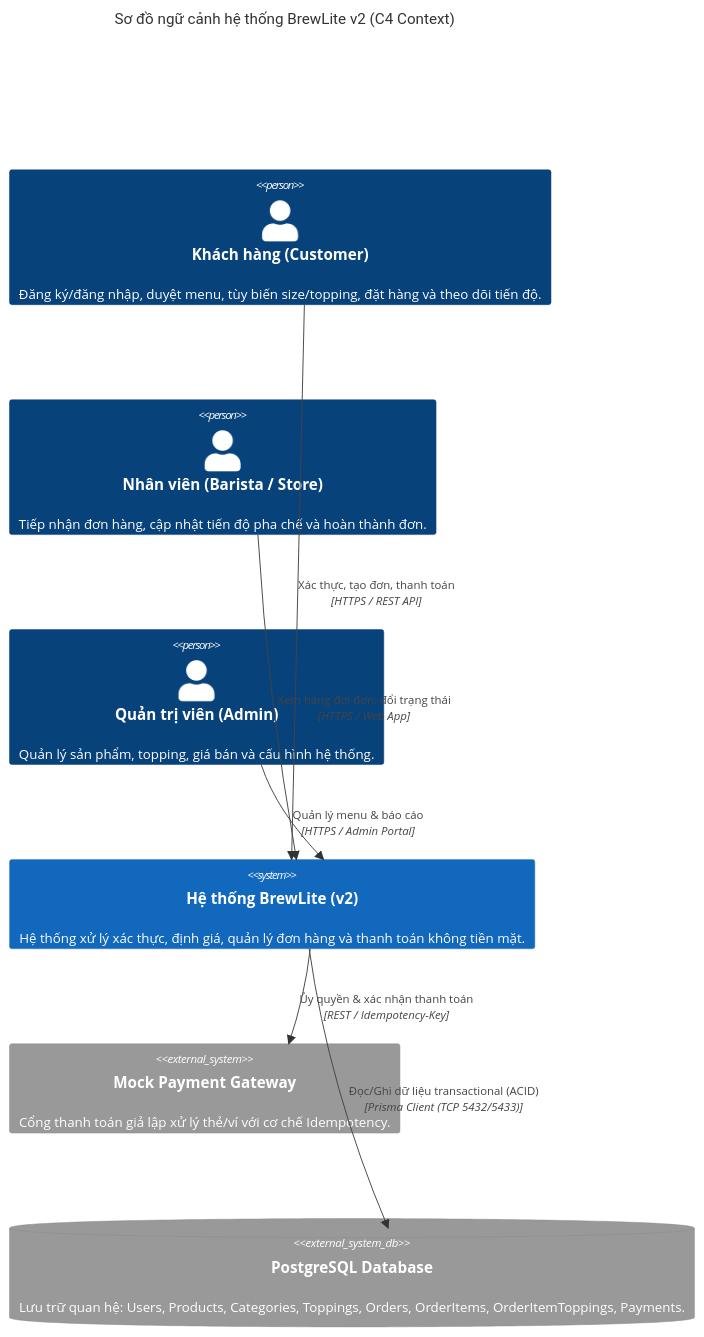
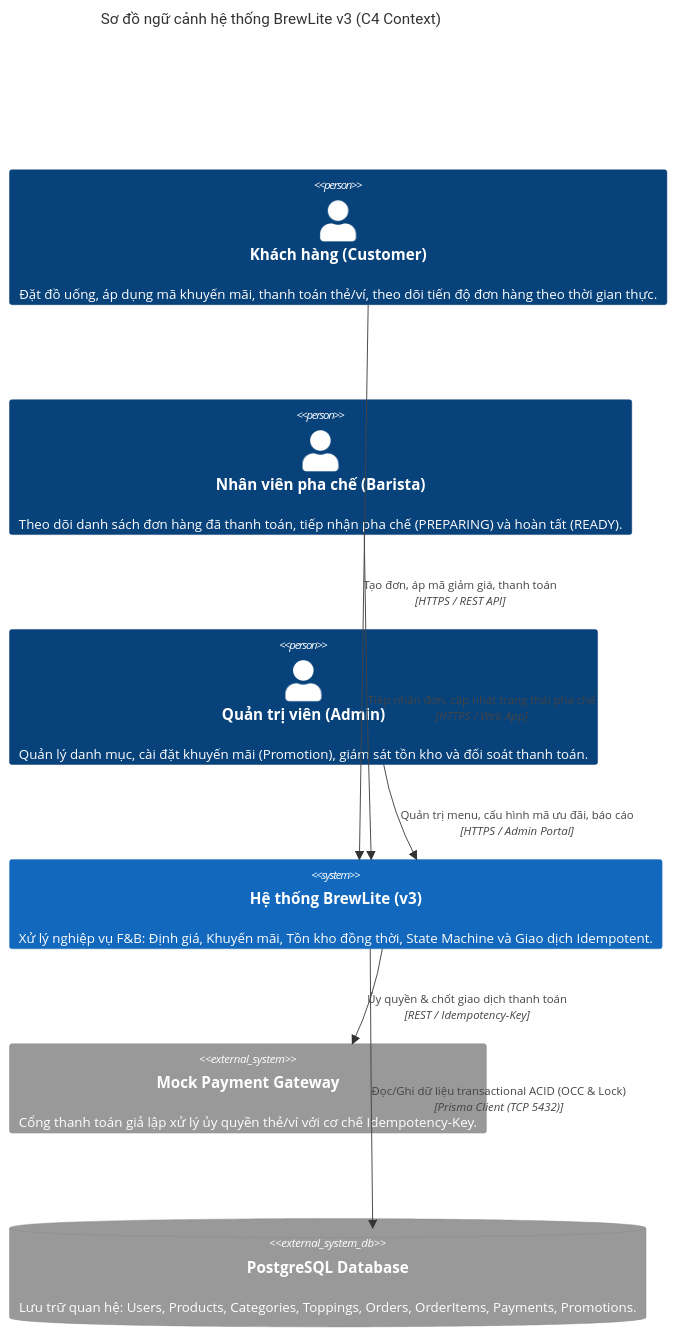
Before and after one commit to Minh628/BrewLite: the first of 5 diagrams in docs/architecture.md, drawn with Mermaid. The commit also changed other lines of this file and 1 other file, not shown here.

Commit message:
docs(architecture): update architecture v3 and add ADR-003 for state machine and idempotency

````diff
--- a/docs/architecture.md
+++ b/docs/architecture.md
@@ -25,19 +26,19 @@
 ```mermaid
 C4Context
-    title Sơ đồ ngữ cảnh hệ thống BrewLite v2 (C4 Context)
+    title Sơ đồ ngữ cảnh hệ thống BrewLite v3 (C4 Context)
 
-    Person(customer, "Khách hàng (Customer)", "Đăng ký/đăng nhập, duyệt menu, tùy biến size/topping, đặt hàng và theo dõi tiến độ.")
-    Person(barista, "Nhân viên (Barista / Store)", "Tiếp nhận đơn hàng, cập nhật tiến độ pha chế và hoàn thành đơn.")
-    Person(admin, "Quản trị viên (Admin)", "Quản lý sản phẩm, topping, giá bán và cấu hình hệ thống.")
+    Person(customer, "Khách hàng (Customer)", "Đặt đồ uống, áp dụng mã khuyến mãi, thanh toán thẻ/ví, theo dõi tiến độ đơn hàng theo thời gian thực.")
+    Person(barista, "Nhân viên pha chế (Barista)", "Theo dõi danh sách đơn hàng đã thanh toán, tiếp nhận pha chế (PREPARING) và hoàn tất (READY).")
+    Person(admin, "Quản trị viên (Admin)", "Quản lý danh mục, cài đặt khuyến mãi (Promotion), giám sát tồn kho và đối soát thanh toán.")
 
-    System(brewlite, "Hệ thống BrewLite (v2)", "Hệ thống xử lý xác thực, định giá, quản lý đơn hàng và thanh toán không tiền mặt.")
+    System(brewlite, "Hệ thống BrewLite (v3)", "Xử lý nghiệp vụ F&B: Định giá, Khuyến mãi, Tồn kho đồng thời, State Machine và Giao dịch Idempotent.")
 
-    System_Ext(mockPayment, "Mock Payment Gateway", "Cổng thanh toán giả lập xử lý thẻ/ví với cơ chế Idempotency.")
-    SystemDb_Ext(postgres, "PostgreSQL Database", "Lưu trữ quan hệ: Users, Products, Categories, Toppings, Orders, OrderItems, OrderItemToppings, Payments.")
+    System_Ext(mockPayment, "Mock Payment Gateway", "Cổng thanh toán giả lập xử lý ủy quyền thẻ/ví với cơ chế Idempotency-Key.")
+    SystemDb_Ext(postgres, "PostgreSQL Database", "Lưu trữ quan hệ: Users, Products, Categories, Toppings, Orders, OrderItems, Payments, Promotions.")
 
-    Rel(customer, brewlite, "Xác thực, tạo đơn, thanh toán", "HTTPS / REST API")
-    Rel(barista, brewlite, "Xem hàng đợi đơn, đổi trạng thái", "HTTPS / Web App")
-    Rel(admin, brewlite, "Quản lý menu & báo cáo", "HTTPS / Admin Portal")
-    Rel(brewlite, mockPayment, "Ủy quyền & xác nhận thanh toán", "REST / Idempotency-Key")
-    Rel(brewlite, postgres, "Đọc/Ghi dữ liệu transactional (ACID)", "Prisma Client (TCP 5432/5433)")
+    Rel(customer, brewlite, "Tạo đơn, áp mã giảm giá, thanh toán", "HTTPS / REST API")
+    Rel(barista, brewlite, "Tiếp nhận đơn, cập nhật trạng thái pha chế", "HTTPS / Web App")
+    Rel(admin, brewlite, "Quản trị menu, cấu hình mã ưu đãi, báo cáo", "HTTPS / Admin Portal")
+    Rel(brewlite, mockPayment, "Ủy quyền & chốt giao dịch thanh toán", "REST / Idempotency-Key")
+    Rel(brewlite, postgres, "Đọc/Ghi dữ liệu transactional ACID (OCC & Lock)", "Prisma Client (TCP 5432)")
 ```
````
